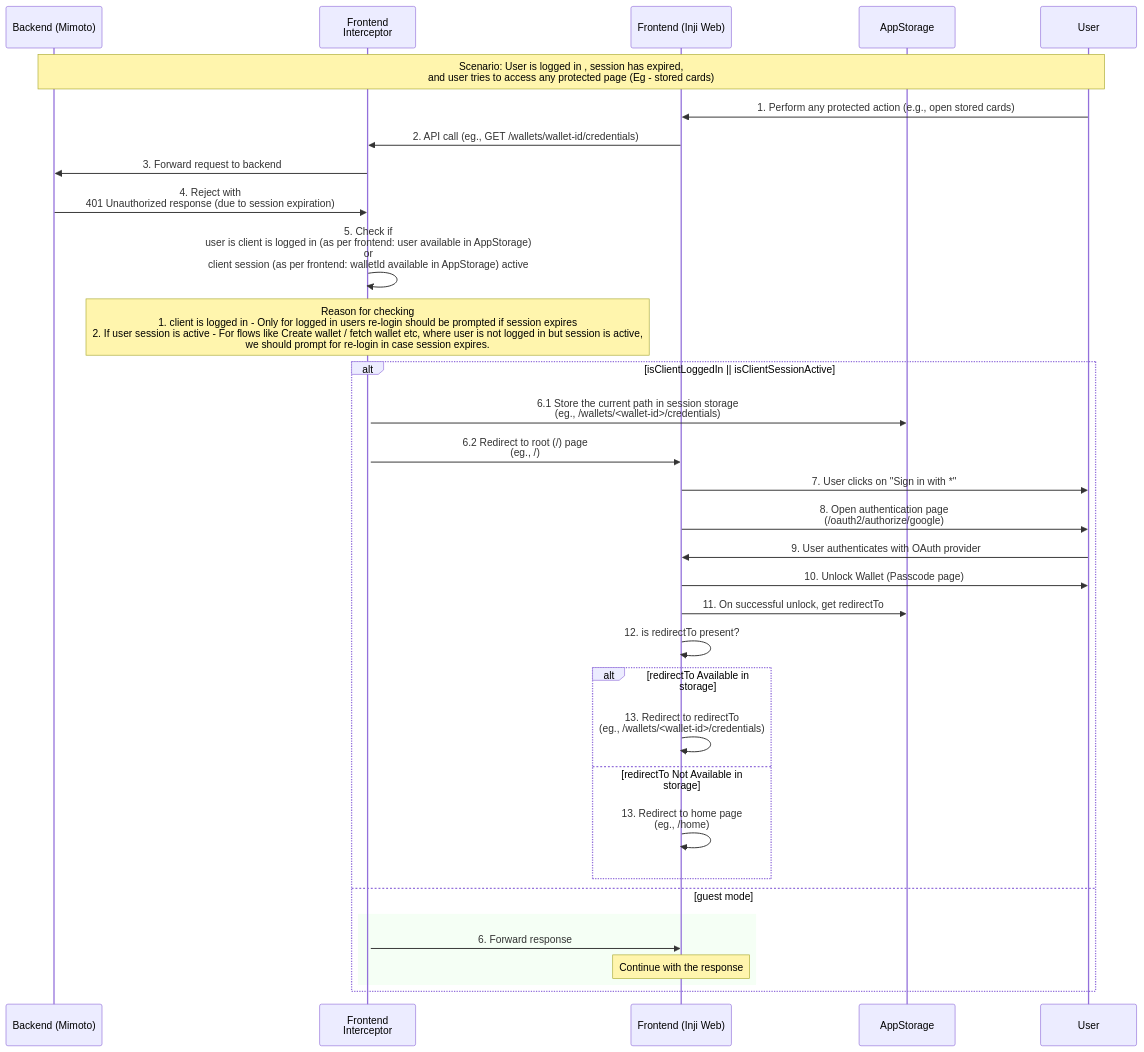
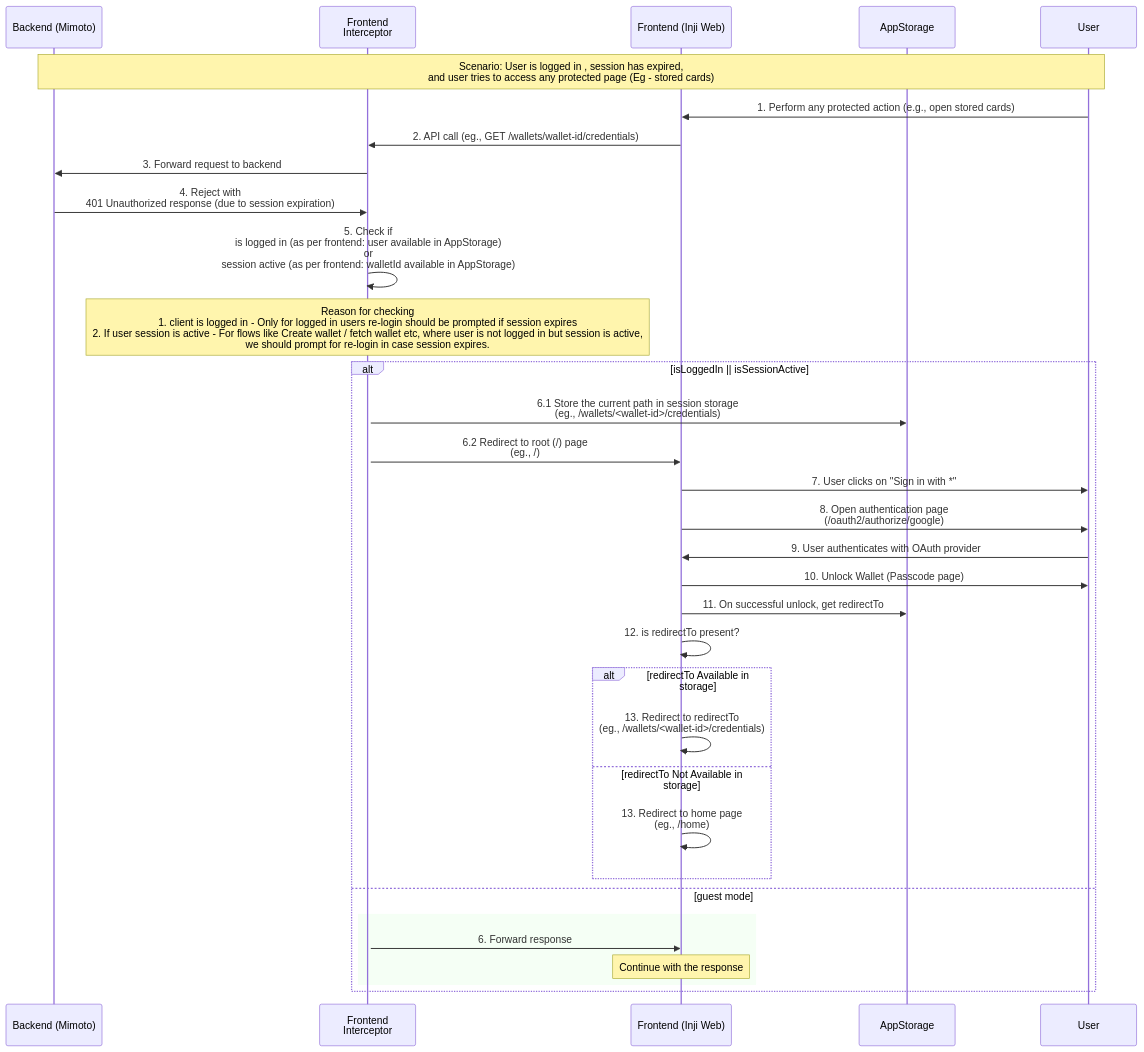
The diagram in docs/SessionExpirationHandling.md (mosip/inji-web), drawn with Mermaid before and after one commit. The commit also changed other lines of this file and 1 other file, not shown here.

Commit message:
[INJIWEB-1592] docs: update SessionExpirationHandling doc

````diff
--- a/docs/SessionExpirationHandling.md
+++ b/docs/SessionExpirationHandling.md
@@ -32,39 +32,39 @@
 ```mermaid
 
 sequenceDiagram
     participant be as Backend (Mimoto)
     participant interceptor as Frontend<br/> Interceptor
     participant fe as Frontend (Inji Web)
     participant AppStorage
     participant user as User
     
     note over be, user: Scenario: User is logged in , session has expired,<br/> and user tries to access any protected page (Eg - stored cards)
     
     user ->> fe: 1. Perform any protected action (e.g., open stored cards)
     fe ->> interceptor: 2. API call (eg., GET /wallets/wallet-id/credentials)
     interceptor ->> be: 3. Forward request to backend
     be ->> interceptor: 4. Reject with <br/> 401 Unauthorized response (due to session expiration)
-    interceptor ->> interceptor: 5. Check if <br/>user is client is logged in (as per frontend: user available in AppStorage)<br/> or <br/>client session (as per frontend: walletId available in AppStorage) active
+    interceptor ->> interceptor: 5. Check if <br/> is logged in (as per frontend: user available in AppStorage)<br/> or <br/> session active (as per frontend: walletId available in AppStorage)
     note over interceptor: Reason for checking<br/>1. client is logged in - Only for logged in users re-login should be prompted if session expires<br/>2. If user session is active - For flows like Create wallet / fetch wallet etc, where user is not logged in but session is active, <br/>we should prompt for re-login in case session expires.
-    alt isClientLoggedIn || isClientSessionActive
+    alt isLoggedIn || isSessionActive
         activate interceptor
         interceptor ->> AppStorage: 6.1 Store the current path in session storage <br/> (eg., /wallets/<wallet-id>/credentials)
         interceptor ->> fe: 6.2 Redirect to root (/) page <br/> (eg., /)
         fe ->> user: 7. User clicks on "Sign in with *"
         fe ->> user: 8. Open authentication page <br/> (/oauth2/authorize/google)
         user ->> fe: 9. User authenticates with OAuth provider
         fe ->> user: 10. Unlock Wallet (Passcode page)
         fe ->> AppStorage: 11. On successful unlock, get redirectTo
         fe ->> fe: 12. is redirectTo present?
         alt redirectTo Available in storage 
             fe ->> fe: 13. Redirect to redirectTo <br/> (eg., /wallets/<wallet-id>/credentials)
         else redirectTo Not Available in storage
             fe ->> fe: 13. Redirect to home page <br/> (eg., /home)
         end
     else guest mode
         rect rgb(230, 255, 230, 0.4)
             interceptor ->> fe: 6. Forward response
             note over fe: Continue with the response
         end
     end
 ```
````
